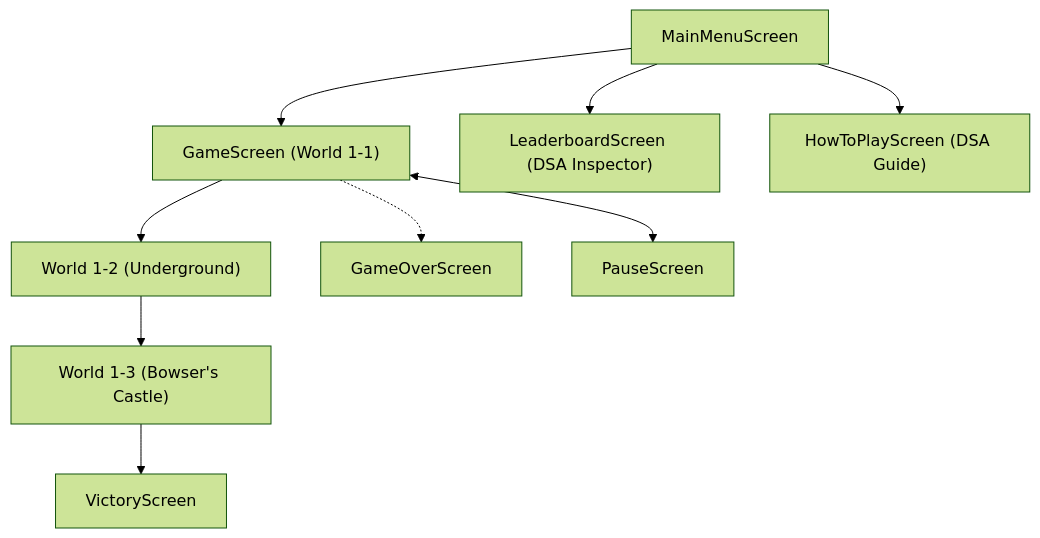
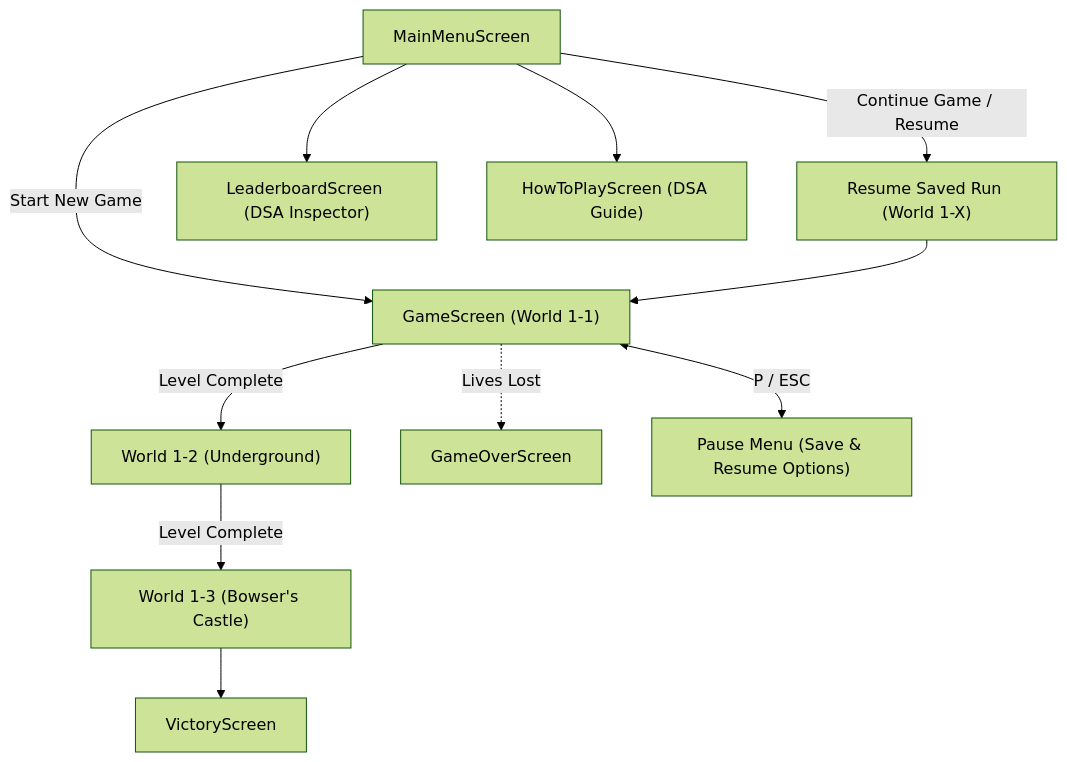
Before and after one commit to Damiduuofc/Super-Mario-Run-DSA-Edition: the diagram in README.md, drawn with Mermaid (forest theme). The commit also changed other lines of this file and 13 other files, not shown here.

````diff
--- a/README.md
+++ b/README.md
@@ -36,11 +41,13 @@
 ```mermaid
 flowchart TD
-    A["MainMenuScreen"] --> B["GameScreen (World 1-1)"]
-    B --> C["World 1-2 (Underground)"]
-    C --> D["World 1-3 (Bowser's Castle)"]
+    A["MainMenuScreen"] -->|Start New Game| B["GameScreen (World 1-1)"]
+    A -->|Continue Game / Resume| RES["Resume Saved Run (World 1-X)"]
+    RES --> B
+    B -->|Level Complete| C["World 1-2 (Underground)"]
+    C -->|Level Complete| D["World 1-3 (Bowser's Castle)"]
     D --> E["VictoryScreen"]
-    B -.-> F["GameOverScreen"]
+    B -.->|Lives Lost| F["GameOverScreen"]
     A --> G["LeaderboardScreen (DSA Inspector)"]
     A --> H["HowToPlayScreen (DSA Guide)"]
-    B <--> I["PauseScreen"]
+    B <-->|P / ESC| I["Pause Menu (Save & Resume Options)"]
 ```
````
